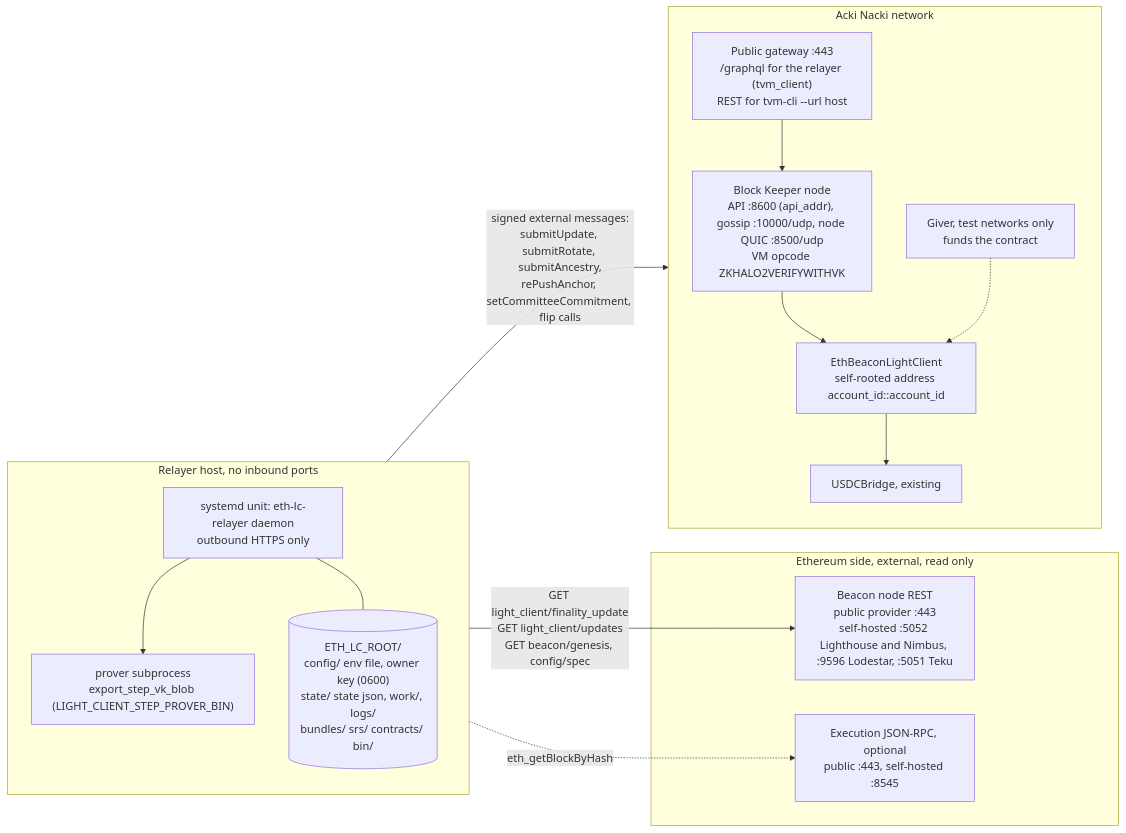
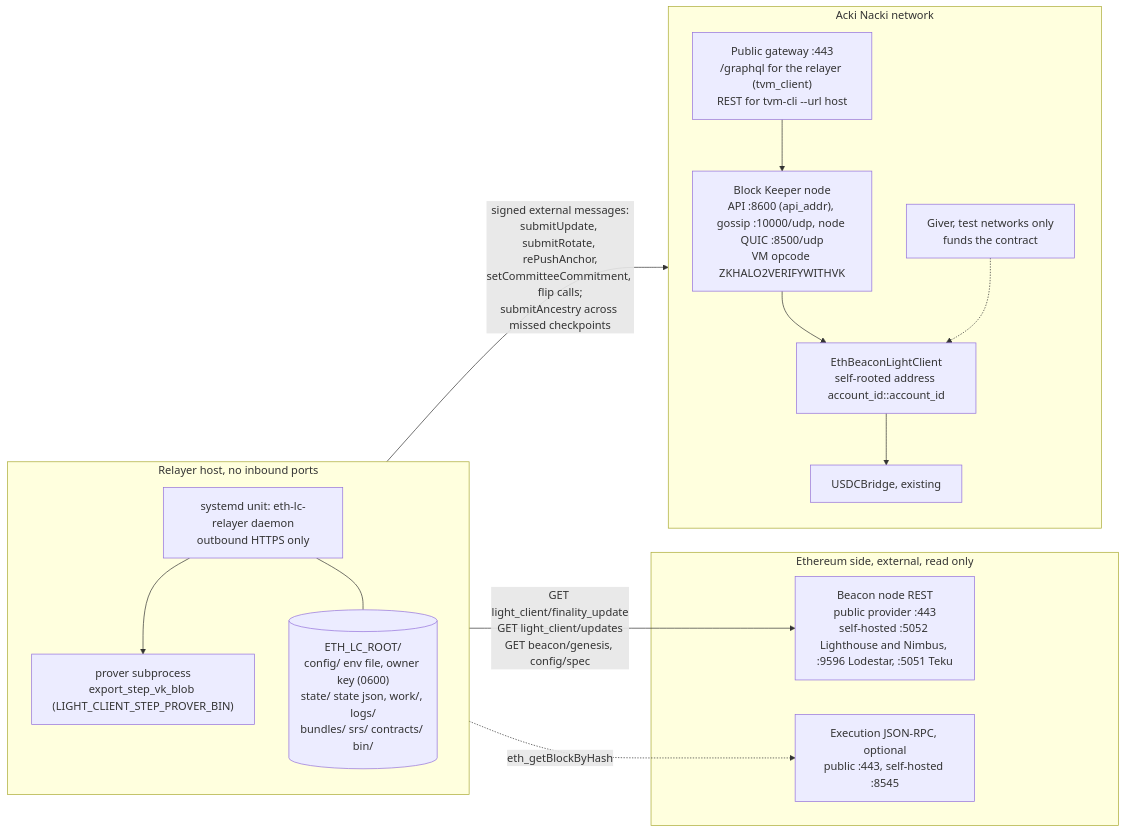
Before and after one commit to gosh-sh/bridge: the fifth of 5 diagrams in docs/eth-light-client.md, drawn with Mermaid. The commit also changed other lines of this file and 32 other files, not shown here.

````diff
--- a/docs/eth-light-client.md
+++ b/docs/eth-light-client.md
@@ -383,30 +413,30 @@
 ```mermaid
 flowchart LR
   subgraph EXT["Ethereum side, external, read only"]
     BN["Beacon node REST<br/>public provider :443<br/>self-hosted :5052 Lighthouse and Nimbus, :9596 Lodestar, :5051 Teku"]
     EN["Execution JSON-RPC, optional<br/>public :443, self-hosted :8545"]
   end
   subgraph RH["Relayer host, no inbound ports"]
     direction TB
     SVC["systemd unit: eth-lc-relayer daemon<br/>outbound HTTPS only"]
     PRV["prover subprocess<br/>export_step_vk_blob (LIGHT_CLIENT_STEP_PROVER_BIN)"]
     FS[("ETH_LC_ROOT/<br/>config/ env file, owner key (0600)<br/>state/ state json, work/, logs/<br/>bundles/ srs/ contracts/ bin/")]
     SVC --> PRV
     SVC --- FS
   end
   subgraph ANN["Acki Nacki network"]
     direction TB
     GW["Public gateway :443<br/>/graphql for the relayer (tvm_client)<br/>REST for tvm-cli --url host"]
     NODE["Block Keeper node<br/>API :8600 (api_addr), gossip :10000/udp, node QUIC :8500/udp<br/>VM opcode ZKHALO2VERIFYWITHVK"]
     LC["EthBeaconLightClient<br/>self-rooted address account_id::account_id"]
     UB["USDCBridge, existing"]
     GIV["Giver, test networks only<br/>funds the contract"]
     GW --> NODE
     NODE --> LC
     LC --> UB
     GIV -.-> LC
   end
   SVC -- "GET light_client/finality_update<br/>GET light_client/updates<br/>GET beacon/genesis, config/spec" --> BN
   SVC -. "eth_getBlockByHash" .-> EN
-  SVC -- "signed external messages:<br/>submitUpdate, submitRotate, submitAncestry,<br/>rePushAnchor, setCommitteeCommitment, flip calls" --> GW
+  SVC -- "signed external messages:<br/>submitUpdate, submitRotate, rePushAnchor,<br/>setCommitteeCommitment, flip calls;<br/>submitAncestry across missed checkpoints" --> GW
 ```
````
